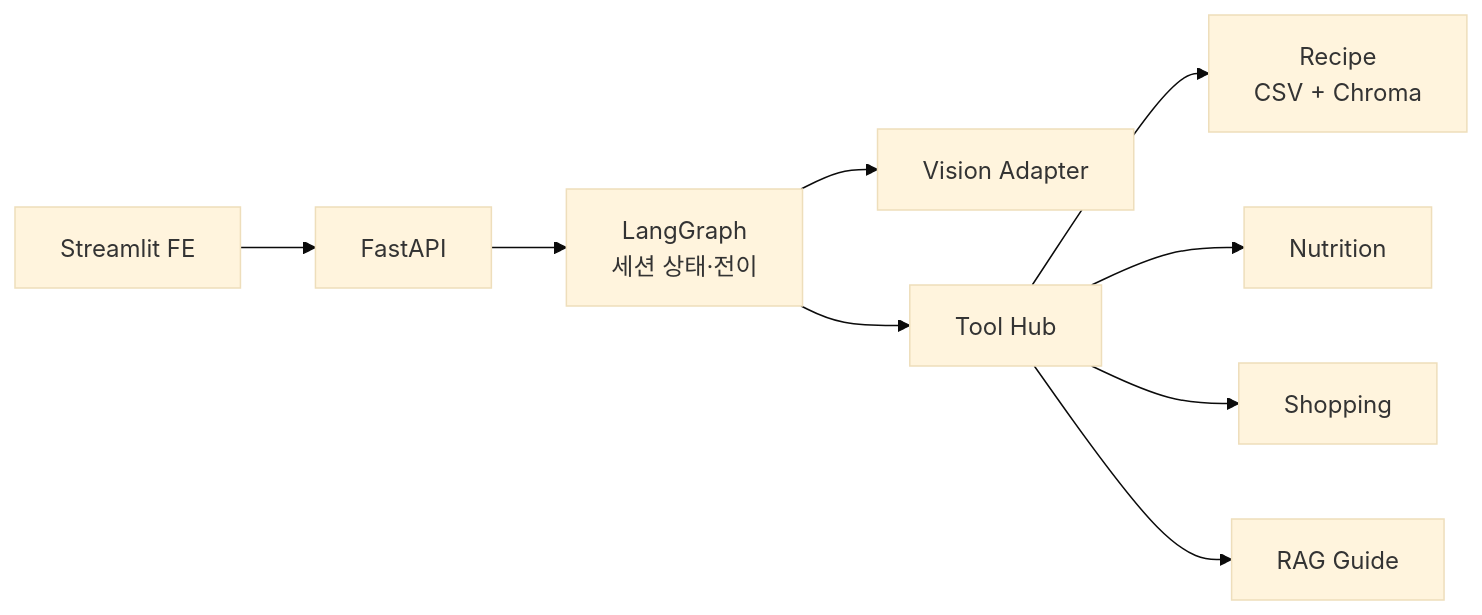
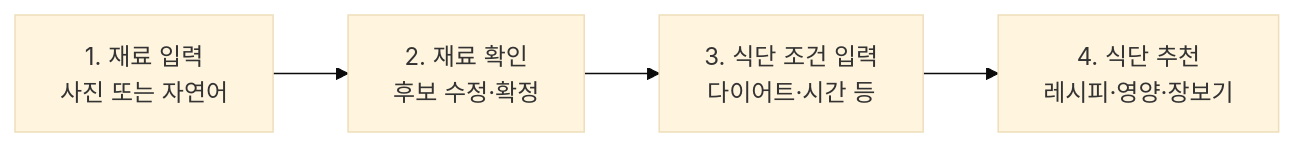
Before and after one commit to DongJunee/2026_aio2_p2_PlanEat_Backend: the first of 5 diagrams in README.md, drawn with Mermaid (base theme). The commit also changed other lines of this file and 1 other file, not shown here.

````diff
--- a/README.md
+++ b/README.md
@@ -62,10 +75,6 @@
 ```mermaid
 flowchart LR
-    FE[Streamlit FE] --> API[FastAPI] --> GRAPH[LangGraph<br/>세션 상태·전이]
-    GRAPH --> VISION[Vision Adapter]
-    GRAPH --> HUB[Tool Hub]
-    HUB --> RECIPE[Recipe<br/>CSV + Chroma]
-    HUB --> NUTRITION[Nutrition]
-    HUB --> SHOPPING[Shopping]
-    HUB --> GUIDE[RAG Guide]
+    A[1. 재료 입력<br/>사진 또는 자연어] --> B[2. 재료 확인<br/>후보 수정·확정]
+    B --> C[3. 식단 조건 입력<br/>다이어트·시간 등]
+    C --> D[4. 식단 추천<br/>레시피·영양·장보기]
 ```
````
